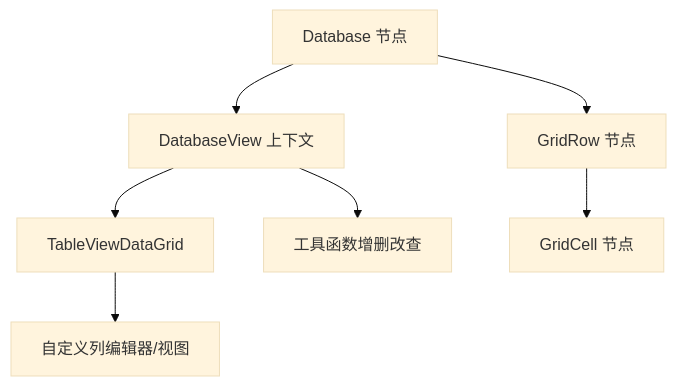
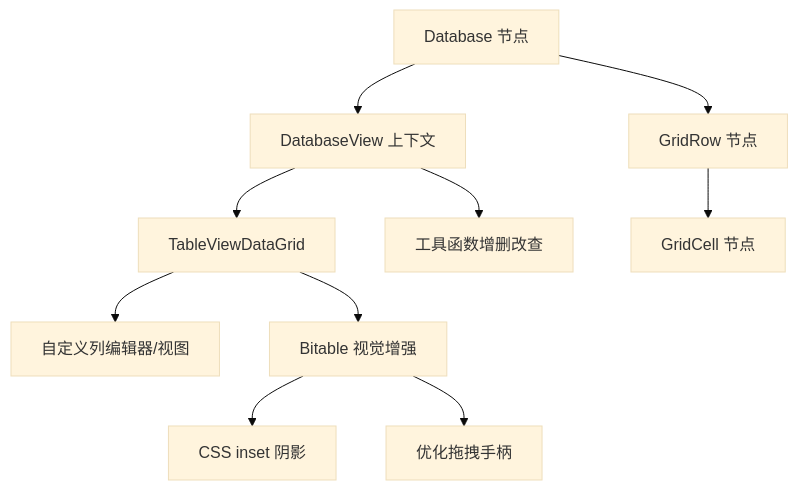
Before and after one commit to LRF0422/Kotion: the second of 7 diagrams in .qoder/repowiki/zh/content/功能模块/数据库插件/表格视图.md, drawn with Mermaid (base theme). The commit also changed other lines of this file and 34 other files, not shown here.

````diff
--- a/.qoder/repowiki/zh/content/功能模块/数据库插件/表格视图.md
+++ b/.qoder/repowiki/zh/content/功能模块/数据库插件/表格视图.md
@@ -136,9 +167,12 @@
 ```mermaid
 graph TB
 A["Database 节点"] --> B["DatabaseView 上下文"]
 B --> C["TableViewDataGrid"]
 C --> D["自定义列编辑器/视图"]
 B --> E["工具函数增删改查"]
 A --> F["GridRow 节点"]
 F --> G["GridCell 节点"]
+C --> H["Bitable 视觉增强"]
+H --> I["CSS inset 阴影"]
+H --> J["优化拖拽手柄"]
 ```
````
